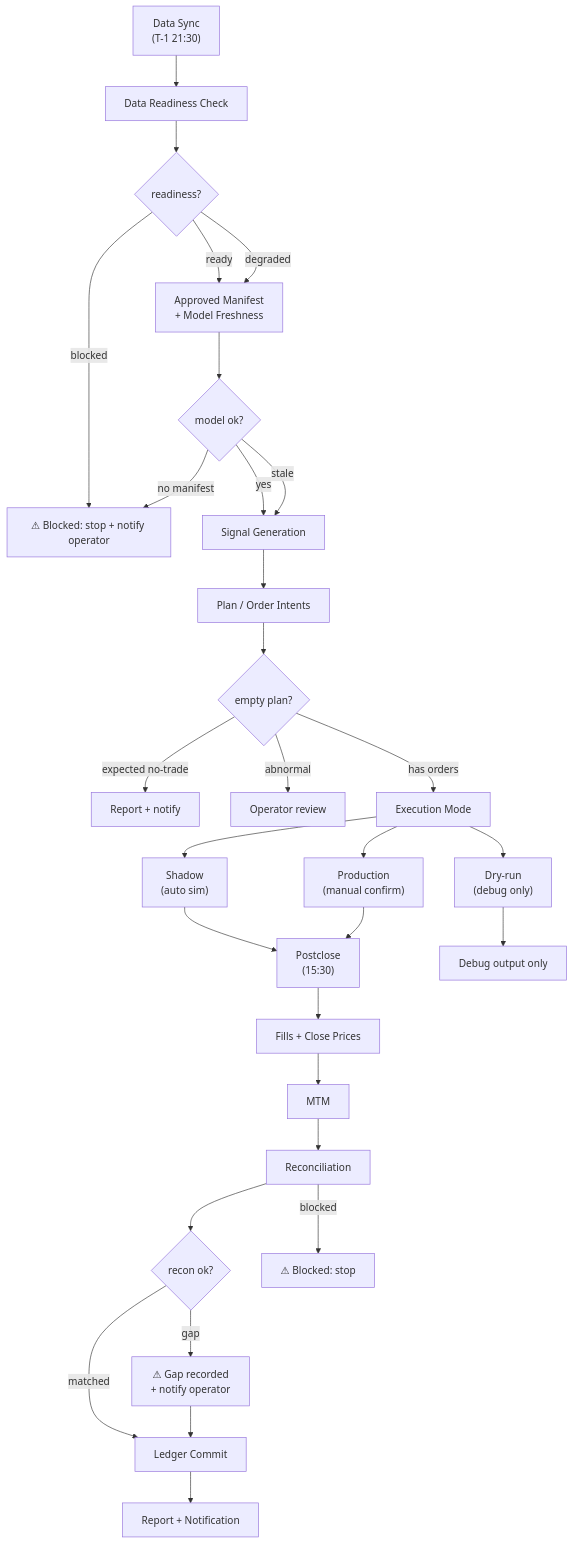
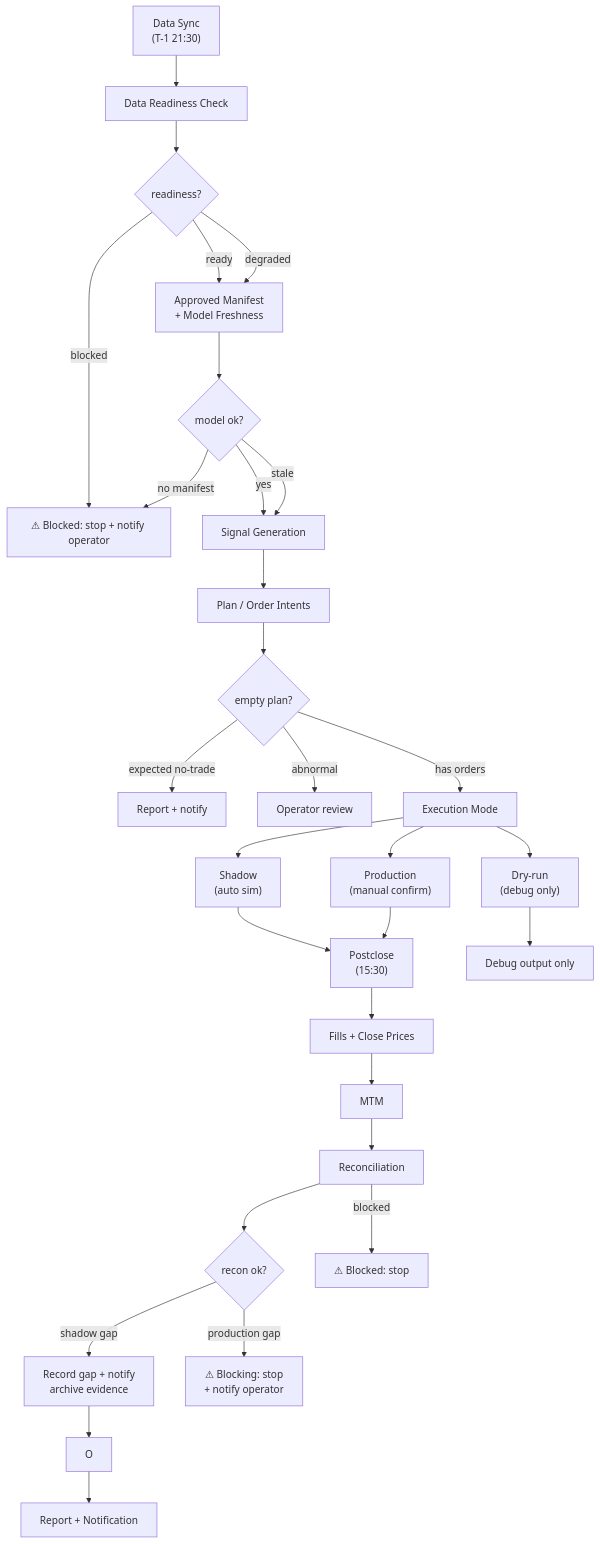
Before and after one commit to sinnergarden/SysQ: the first of 2 diagrams in docs/ops/DAILY_OPS_SOP.md, drawn with Mermaid. The commit also changed other lines of this file and 3 other files, not shown here.

````diff
--- a/docs/ops/DAILY_OPS_SOP.md
+++ b/docs/ops/DAILY_OPS_SOP.md
@@ -85,38 +87,38 @@
 ```mermaid
 flowchart TD
     A["Data Sync<br/>(T-1 21:30)"] --> B["Data Readiness Check"]
     B --> C{readiness?}
     C -->|ready| D["Approved Manifest<br/>+ Model Freshness"]
     C -->|degraded| D
     C -->|blocked| STOP["⚠ Blocked: stop + notify operator"]
     
     D --> E{model ok?}
     E -->|yes| F["Signal Generation"]
     E -->|stale| F
     E -->|no manifest| STOP
     
     F --> G["Plan / Order Intents"]
     G --> H{empty plan?}
     H -->|expected no-trade| NOTIFY["Report + notify"]
     H -->|abnormal| MANUAL["Operator review"]
     H -->|has orders| I["Execution Mode"]
     
     I --> I1["Shadow<br/>(auto sim)"]
     I --> I2["Production<br/>(manual confirm)"]
     I --> I3["Dry-run<br/>(debug only)"]
     
     I1 --> J["Postclose<br/>(15:30)"]
     I2 --> J
     I3 --> DEBUG["Debug output only"]
     
     J --> K["Fills + Close Prices"]
     K --> L["MTM"]
     L --> M["Reconciliation"]
     M --> N{recon ok?}
-    N -->|matched| O["Ledger Commit"]
-    N -->|gap| GAP["⚠ Gap recorded<br/>+ notify operator"]
-    GAP --> O
+    N -->|shadow gap| GAP_SHADOW["Record gap + notify<br/>archive evidence"]
+    GAP_SHADOW --> O
+    N -->|production gap| GAP_PROD["⚠ Blocking: stop<br/>+ notify operator"]
     M -->|blocked| STOP2["⚠ Blocked: stop"]
     
     O --> P["Report + Notification"]
 ```
````
